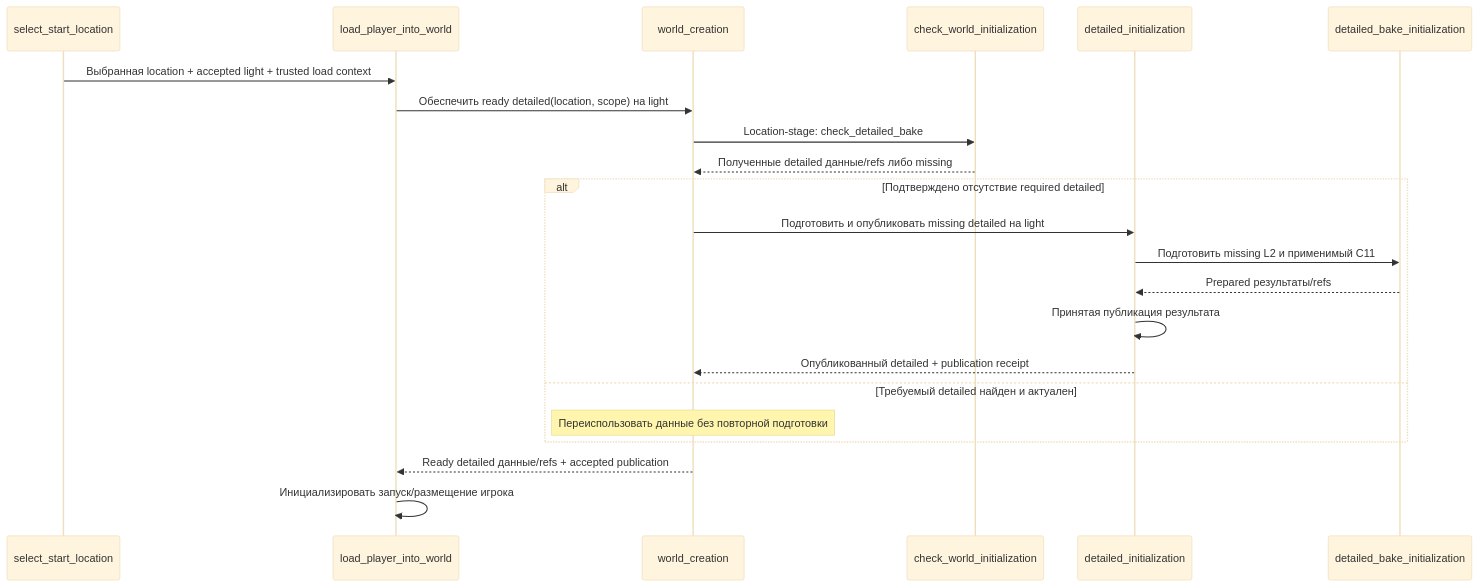
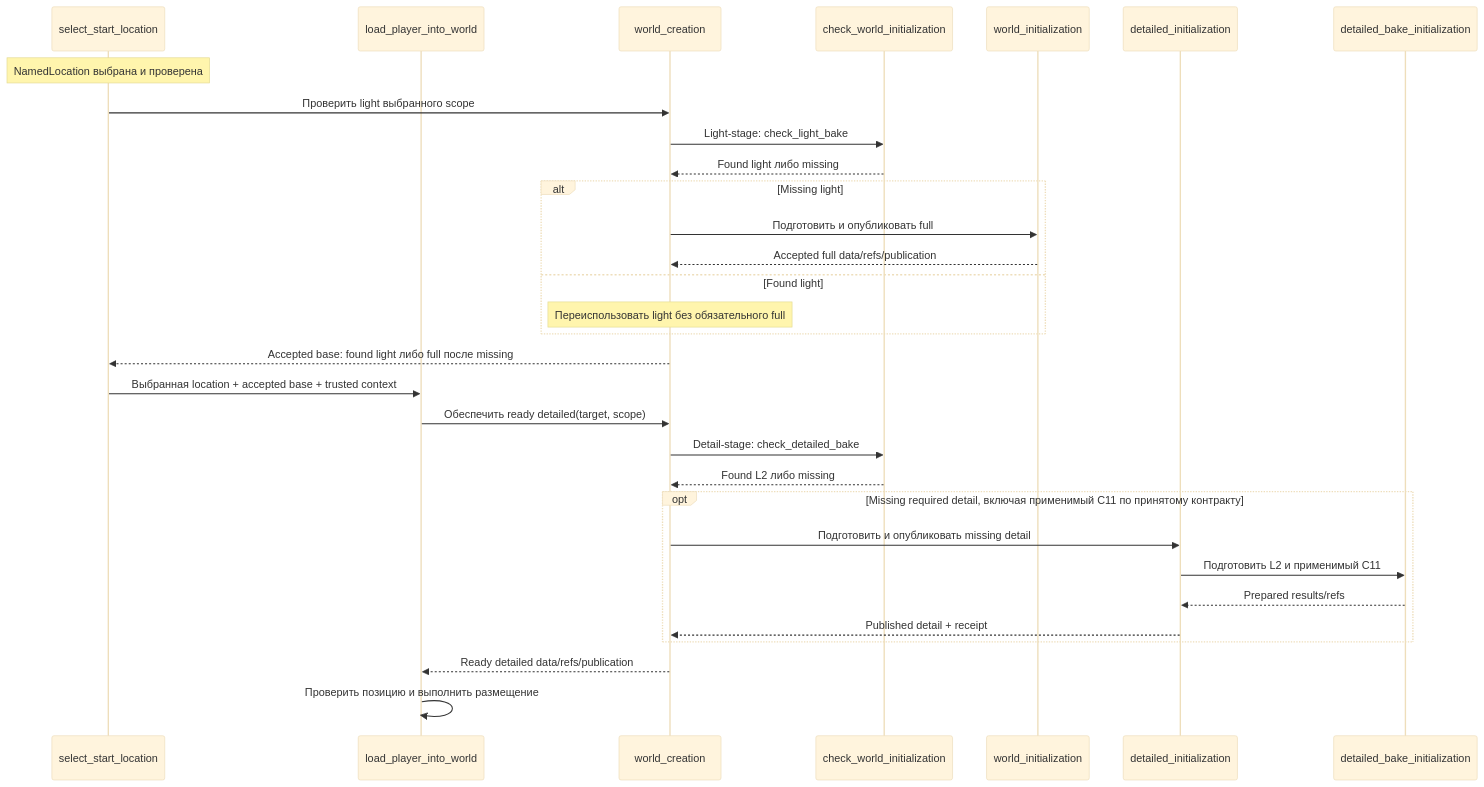
One commit to AndrewBondaren/AI-Project changed the second of 2 diagrams in .cursor/plans/gen-dag-node-dependency.md. Above: the diagram before and after it, drawn with Mermaid (base theme). The commit also changed other lines of this file and 6 other files, not shown here.

````diff
--- a/.cursor/plans/gen-dag-node-dependency.md
+++ b/.cursor/plans/gen-dag-node-dependency.md
@@ -1192,24 +1206,33 @@
 ```mermaid
 sequenceDiagram
     participant S as select_start_location
     participant L as load_player_into_world
     participant W as world_creation
     participant C as check_world_initialization
+    participant I as world_initialization
     participant D as detailed_initialization
     participant B as detailed_bake_initialization
-    S->>L: Выбранная location + accepted light + trusted load context
-    L->>W: Обеспечить ready detailed(location, scope) на light
-    W->>C: Location-stage: check_detailed_bake
-    C-->>W: Полученные detailed данные/refs либо missing
-    alt Подтверждено отсутствие required detailed
-        W->>D: Подготовить и опубликовать missing detailed на light
-        D->>B: Подготовить missing L2 и применимый C11
-        B-->>D: Prepared результаты/refs
-        D->>D: Принятая публикация результата
-        D-->>W: Опубликованный detailed + publication receipt
-    else Требуемый detailed найден и актуален
-        Note over W: Переиспользовать данные без повторной подготовки
+    Note over S: NamedLocation выбрана и проверена
+    S->>W: Проверить light выбранного scope
+    W->>C: Light-stage: check_light_bake
+    C-->>W: Found light либо missing
+    alt Missing light
+        W->>I: Подготовить и опубликовать full
+        I-->>W: Accepted full data/refs/publication
+    else Found light
+        Note over W: Переиспользовать light без обязательного full
     end
-    W-->>L: Ready detailed данные/refs + accepted publication
-    L->>L: Инициализировать запуск/размещение игрока
+    W-->>S: Accepted base: found light либо full после missing
+    S->>L: Выбранная location + accepted base + trusted context
+    L->>W: Обеспечить ready detailed(target, scope)
+    W->>C: Detail-stage: check_detailed_bake
+    C-->>W: Found L2 либо missing
+    opt Missing required detail, включая применимый C11 по принятому контракту
+        W->>D: Подготовить и опубликовать missing detail
+        D->>B: Подготовить L2 и применимый C11
+        B-->>D: Prepared results/refs
+        D-->>W: Published detail + receipt
+    end
+    W-->>L: Ready detailed data/refs/publication
+    L->>L: Проверить позицию и выполнить размещение
 ```
````
